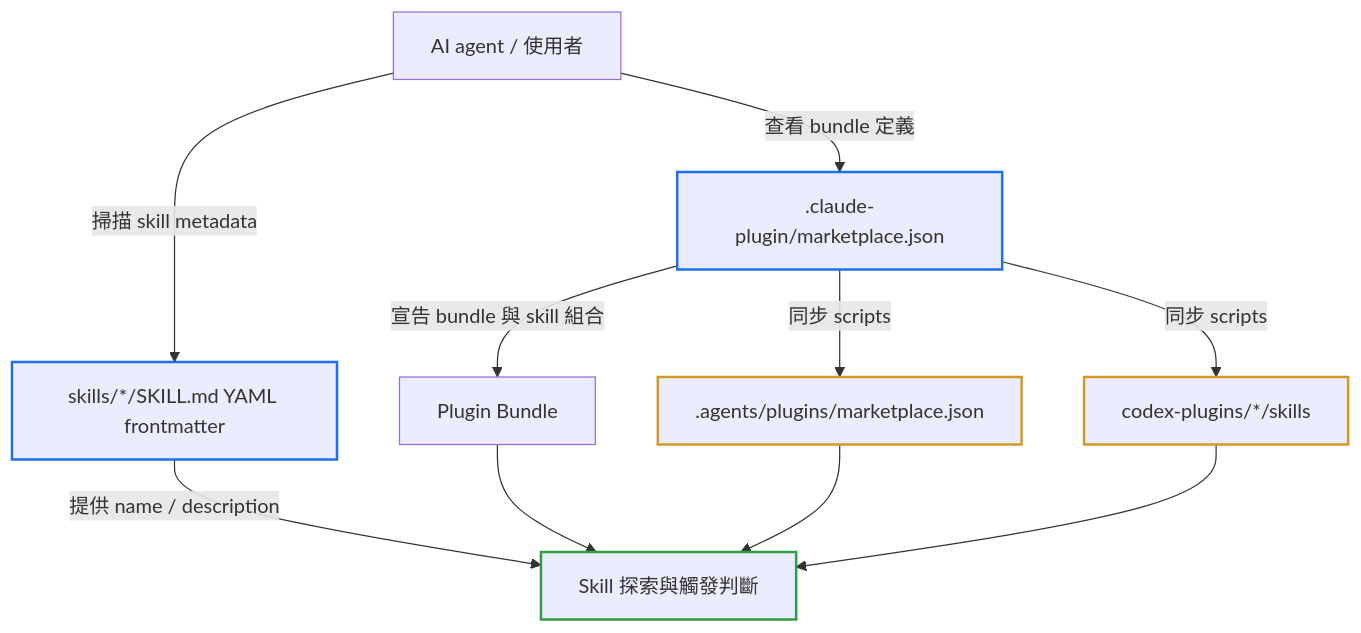
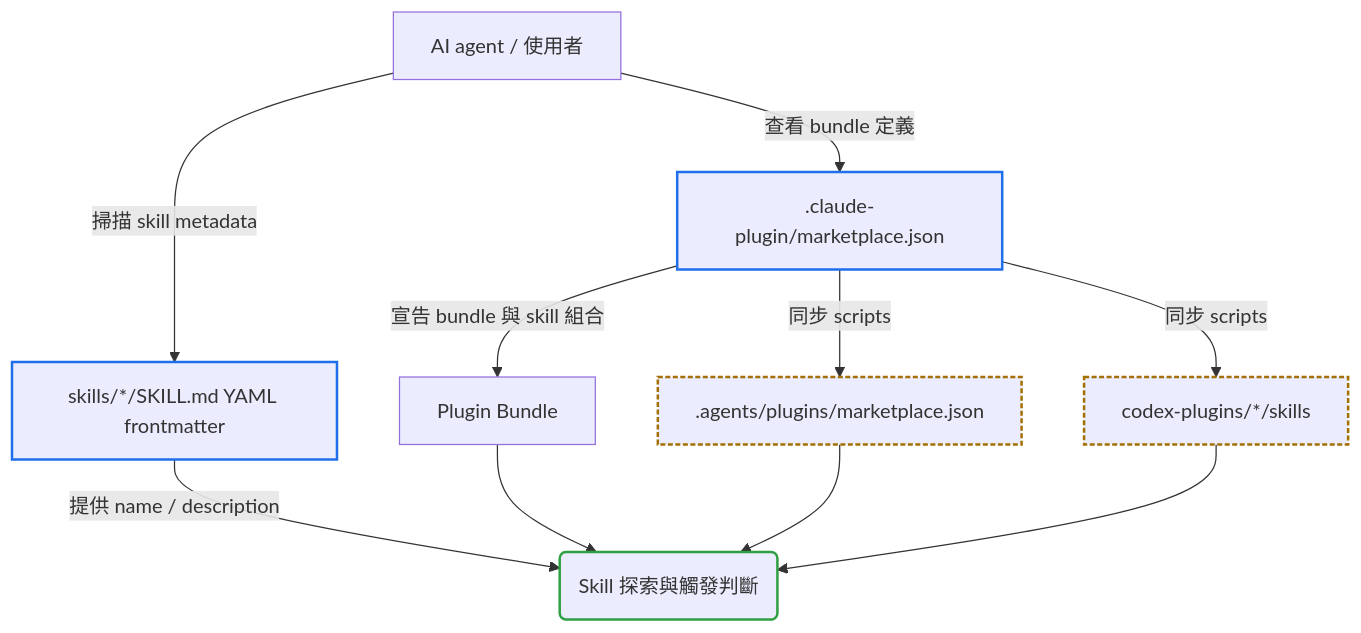
Before and after one commit to Aery9527/aery-marketplace: the diagram in README.md, drawn with Mermaid.

Commit message:
fix(docs): correct README diagram contrast and encode roles beyond color
The amber stroke measured 2.52:1 on a light canvas, below the 3:1 threshold,
and role grouping relied on color alone. Roles now use a dashed border and a
rounded shape as well, and repeated `style` lines collapse into `classDef`.

````diff
--- a/README.md
+++ b/README.md
@@ -21,20 +21,20 @@
 ```mermaid
 flowchart TD
     Agent["AI agent / 使用者"] -->|查看 bundle 定義| Marketplace[".claude-plugin/marketplace.json"]
     Agent -->|掃描 skill metadata| Frontmatter["skills/*/SKILL.md YAML frontmatter"]
     Marketplace -->|宣告 bundle 與 skill 組合| Bundle["Plugin Bundle"]
     Marketplace -->|同步 scripts| CodexMarketplace[".agents/plugins/marketplace.json"]
     Marketplace -->|同步 scripts| CodexPackages["codex-plugins/*/skills"]
-    Frontmatter -->|提供 name / description| Discovery["Skill 探索與觸發判斷"]
+    Frontmatter -->|提供 name / description| Discovery("Skill 探索與觸發判斷")
     Bundle --> Discovery
     CodexMarketplace --> Discovery
     CodexPackages --> Discovery
 
-    %% 只用 stroke 區分角色：source of truth / 同步產生的封裝 / 最終產出，
-    %% 讓 fill 與文字色交給 Mermaid 主題，在淺色與深色主題都能讀。
-    style Marketplace stroke:#1f6feb,stroke-width:2px
-    style Frontmatter stroke:#1f6feb,stroke-width:2px
-    style CodexMarketplace stroke:#d29922,stroke-width:2px
-    style CodexPackages stroke:#d29922,stroke-width:2px
-    style Discovery stroke:#2ea043,stroke-width:2px
+    classDef source stroke:#1f6feb,stroke-width:2px
+    classDef synced stroke:#a37000,stroke-width:2px,stroke-dasharray:4 2
+    classDef output stroke:#2ea043,stroke-width:2px
+
+    class Marketplace,Frontmatter source
+    class CodexMarketplace,CodexPackages synced
+    class Discovery output
 ```
````
